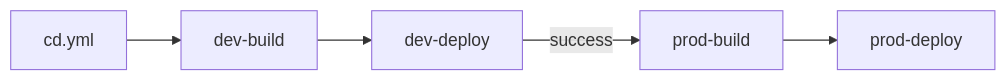
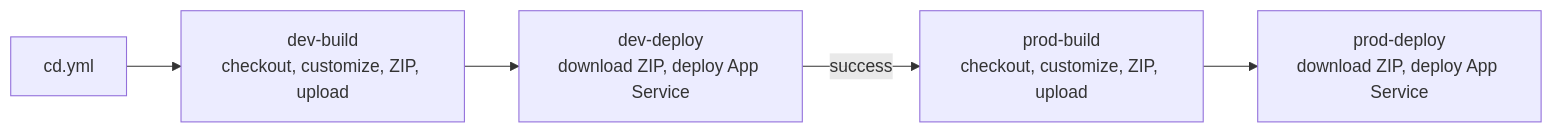
One commit to afira312/dtap-automation changed the fourth of 4 diagrams in docs/architecture-summary.md. Above: the diagram before and after it, drawn with Mermaid. The commit also changed other lines of this file and 7 other files, not shown here.

````diff
--- a/docs/architecture-summary.md
+++ b/docs/architecture-summary.md
@@ -60,7 +60,7 @@
 ```mermaid
 flowchart LR
-    CD[cd.yml] --> DB[dev-build]
-    DB --> DD[dev-deploy]
-    DD -->|success| PB[prod-build]
-    PB --> PD[prod-deploy]
+    CD["cd.yml"] --> DB["dev-build<br/>checkout, customize, ZIP, upload"]
+    DB --> DD["dev-deploy<br/>download ZIP, deploy App Service"]
+    DD -->|success| PB["prod-build<br/>checkout, customize, ZIP, upload"]
+    PB --> PD["prod-deploy<br/>download ZIP, deploy App Service"]
 ```
````
